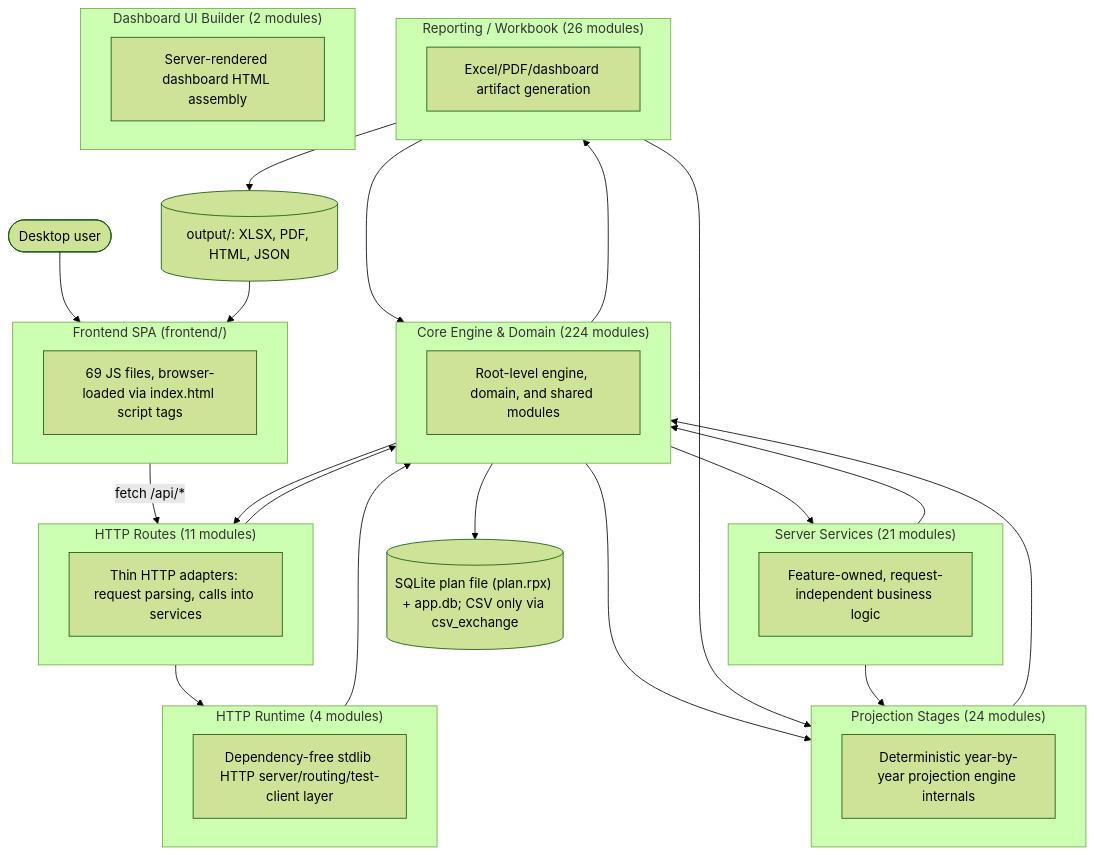
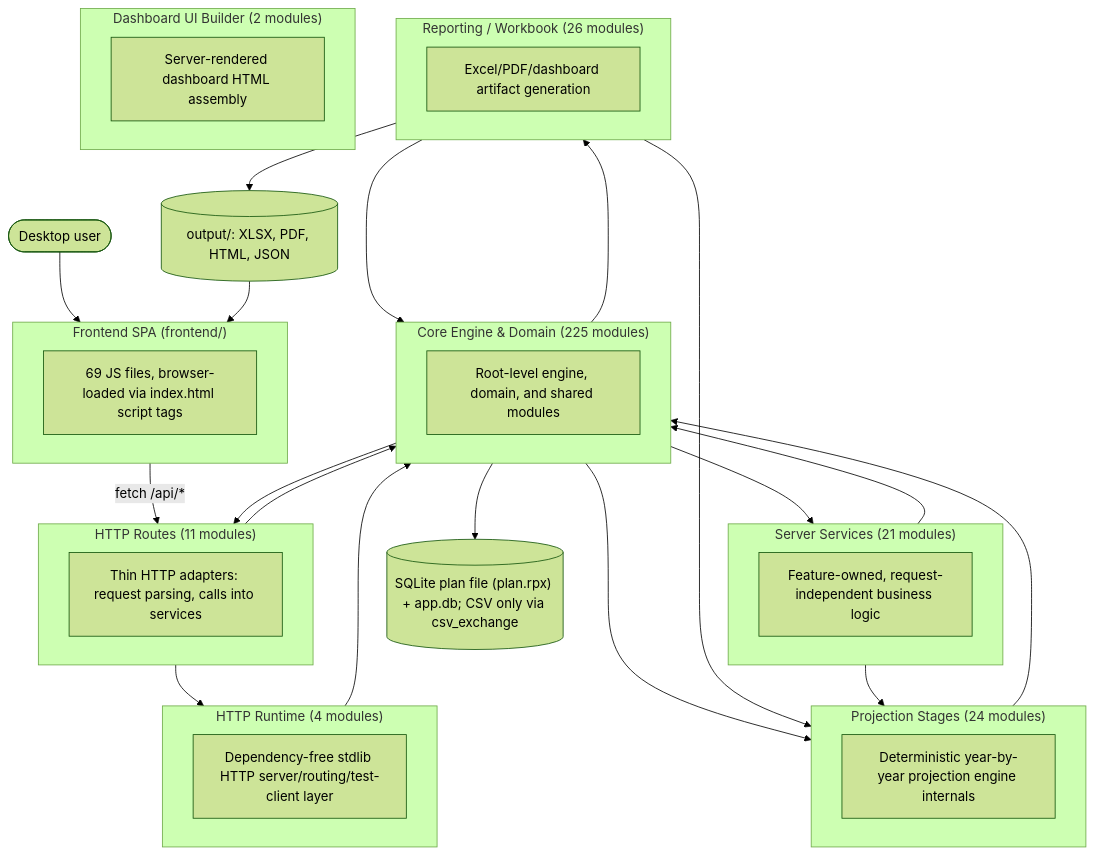
The first of 2 diagrams in documentation/reference/SYSTEM_ARCHITECTURE_DIAGRAM.md (matthartzman/retirement_system), drawn with Mermaid (forest theme) before and after one commit. The commit also changed other lines of this file and 8 other files, not shown here.

````diff
--- a/documentation/reference/SYSTEM_ARCHITECTURE_DIAGRAM.md
+++ b/documentation/reference/SYSTEM_ARCHITECTURE_DIAGRAM.md
@@ -11,44 +11,44 @@
 ```mermaid
 flowchart TB
     User(["Desktop user"]) --> FE
     subgraph FE["Frontend SPA (frontend/)"]
         FEcount["69 JS files, browser-loaded via index.html script tags"]
     end
     FE -->|fetch /api/*| L_HTTP_Routes
     subgraph L_HTTP_Routes["HTTP Routes (11 modules)"]
         L_HTTP_Routes_d["Thin HTTP adapters: request parsing, calls into services"]
     end
     subgraph L_Server_Services["Server Services (21 modules)"]
         L_Server_Services_d["Feature-owned, request-independent business logic"]
     end
     subgraph L_HTTP_Runtime["HTTP Runtime (4 modules)"]
         L_HTTP_Runtime_d["Dependency-free stdlib HTTP server/routing/test-client layer"]
     end
-    subgraph L_Core_Engine___Domain["Core Engine & Domain (224 modules)"]
+    subgraph L_Core_Engine___Domain["Core Engine & Domain (225 modules)"]
         L_Core_Engine___Domain_d["Root-level engine, domain, and shared modules"]
     end
     subgraph L_Projection_Stages["Projection Stages (24 modules)"]
         L_Projection_Stages_d["Deterministic year-by-year projection engine internals"]
     end
     subgraph L_Reporting___Workbook["Reporting / Workbook (26 modules)"]
         L_Reporting___Workbook_d["Excel/PDF/dashboard artifact generation"]
     end
     subgraph L_Dashboard_UI_Builder["Dashboard UI Builder (2 modules)"]
         L_Dashboard_UI_Builder_d["Server-rendered dashboard HTML assembly"]
     end
     L_Core_Engine___Domain --> L_HTTP_Routes
     L_Core_Engine___Domain --> L_Projection_Stages
     L_Core_Engine___Domain --> L_Reporting___Workbook
     L_Core_Engine___Domain --> L_Server_Services
     L_HTTP_Routes --> L_Core_Engine___Domain
     L_HTTP_Routes --> L_HTTP_Runtime
     L_HTTP_Runtime --> L_Core_Engine___Domain
     L_Projection_Stages --> L_Core_Engine___Domain
     L_Reporting___Workbook --> L_Core_Engine___Domain
     L_Reporting___Workbook --> L_Projection_Stages
     L_Server_Services --> L_Core_Engine___Domain
     L_Server_Services --> L_Projection_Stages
     L_Core_Engine___Domain --> DB[("SQLite plan file (plan.rpx) + app.db; CSV only via csv_exchange")]
     L_Reporting___Workbook --> Outputs[("output/: XLSX, PDF, HTML, JSON")]
     Outputs --> FE
 ```
````
